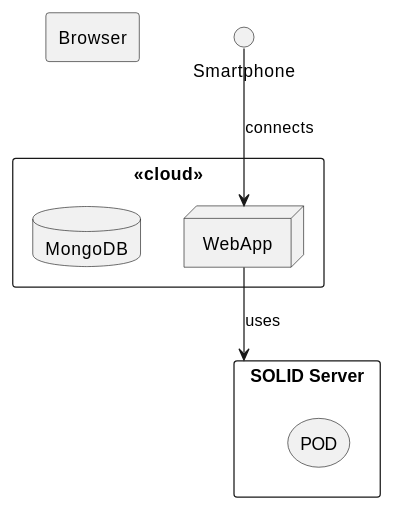
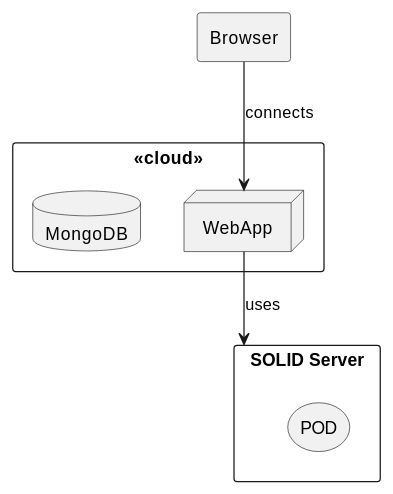
The diagram in webapp/docs/07_deployment_view.adoc (Arquisoft/radarin_en2b), drawn with PlantUML before and after one commit.

```diff
--- a/webapp/docs/07_deployment_view.adoc
+++ b/webapp/docs/07_deployment_view.adoc
@@ -39,16 +39,16 @@
 [plantuml, diagram-deployment, svg]
 ....
 @startuml
 rectangle "<<cloud>>" as Cloud {
 node WebApp
 database MongoDB
   }
 rectangle "SOLID Server" as SOLID_Server {
 storage POD
   }
 rectangle Browser
 
-Smartphone --> WebApp : connects
+Browser --> WebApp : connects
 WebApp --> SOLID_Server : uses
 @enduml
 ....
```
